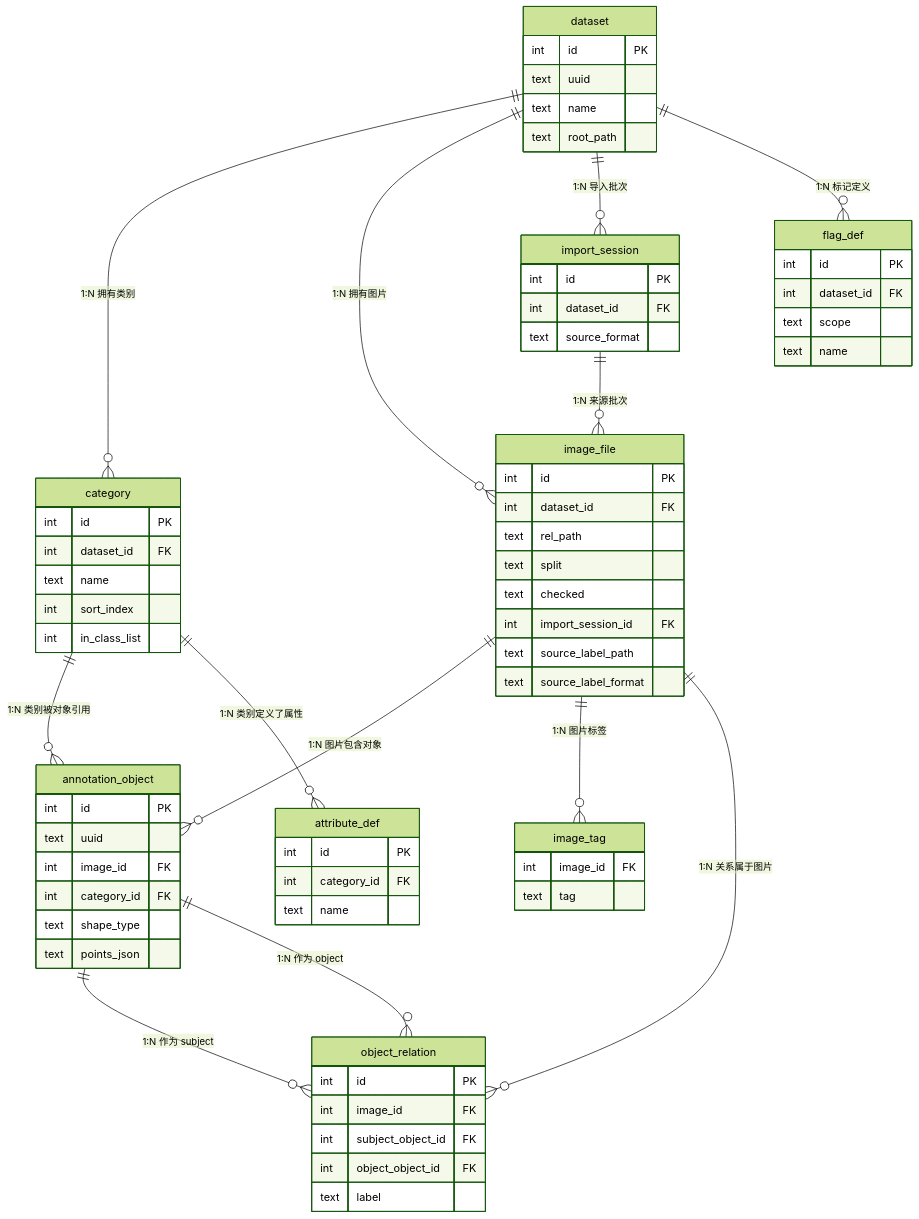
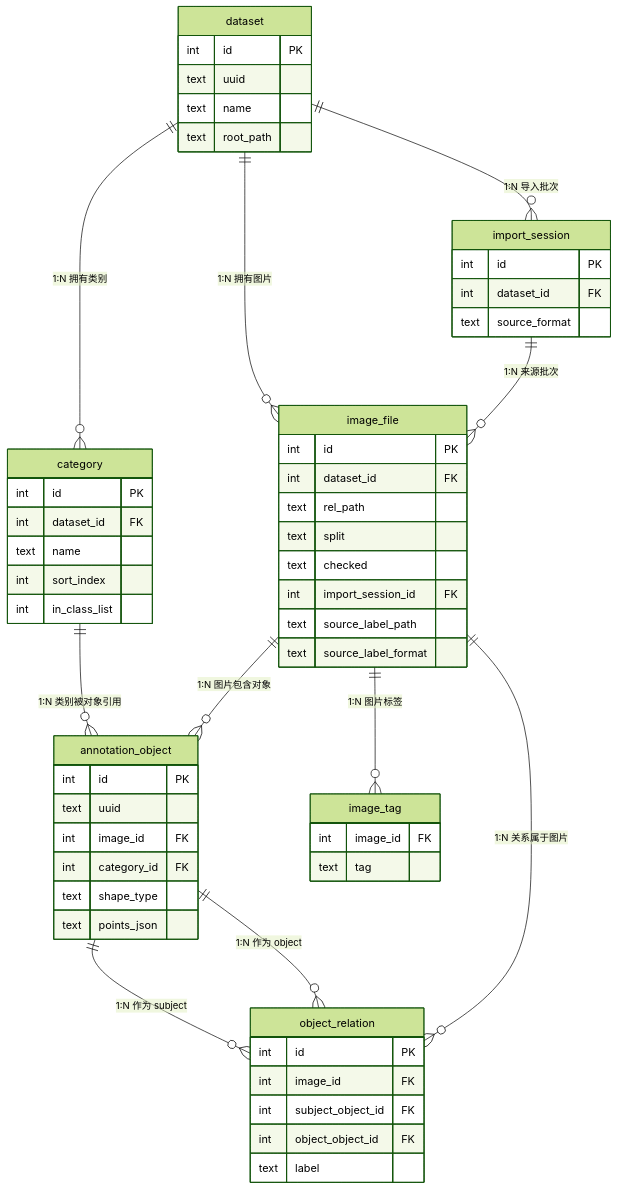
The diagram in docs/dev/数据库设计-讨论稿.md (shmily-linjun/FrameLabel), drawn with Mermaid (forest theme) before and after one commit. The commit also changed other lines of this file and 5 other files, not shown here.

````diff
--- a/docs/dev/数据库设计-讨论稿.md
+++ b/docs/dev/数据库设计-讨论稿.md
@@ -134,74 +148,61 @@
 ```mermaid
 erDiagram
     dataset ||--o{ category : "1:N 拥有类别"
     dataset ||--o{ image_file : "1:N 拥有图片"
     dataset ||--o{ import_session : "1:N 导入批次"
-    dataset ||--o{ flag_def : "1:N 标记定义"
     category ||--o{ annotation_object : "1:N 类别被对象引用"
-    category ||--o{ attribute_def : "1:N 类别定义了属性"
     image_file ||--o{ annotation_object : "1:N 图片包含对象"
     image_file ||--o{ image_tag : "1:N 图片标签"
     image_file ||--o{ object_relation : "1:N 关系属于图片"
     annotation_object ||--o{ object_relation : "1:N 作为 subject"
     annotation_object ||--o{ object_relation : "1:N 作为 object"
     import_session ||--o{ image_file : "1:N 来源批次"
 
     dataset {
         int id PK
         text uuid
         text name
         text root_path
     }
     category {
         int id PK
         int dataset_id FK
         text name
         int sort_index
         int in_class_list
     }
     image_file {
         int id PK
         int dataset_id FK
         text rel_path
         text split
         text checked
         int import_session_id FK
         text source_label_path
         text source_label_format
     }
     annotation_object {
         int id PK
         text uuid
         int image_id FK
         int category_id FK
         text shape_type
         text points_json
     }
     image_tag {
         int image_id FK
         text tag
     }
     object_relation {
         int id PK
         int image_id FK
         int subject_object_id FK
         int object_object_id FK
         text label
     }
     import_session {
         int id PK
         int dataset_id FK
         text source_format
     }
-    flag_def {
-        int id PK
-        int dataset_id FK
-        text scope
-        text name
-    }
-    attribute_def {
-        int id PK
-        int category_id FK
-        text name
-    }
 ```
````
